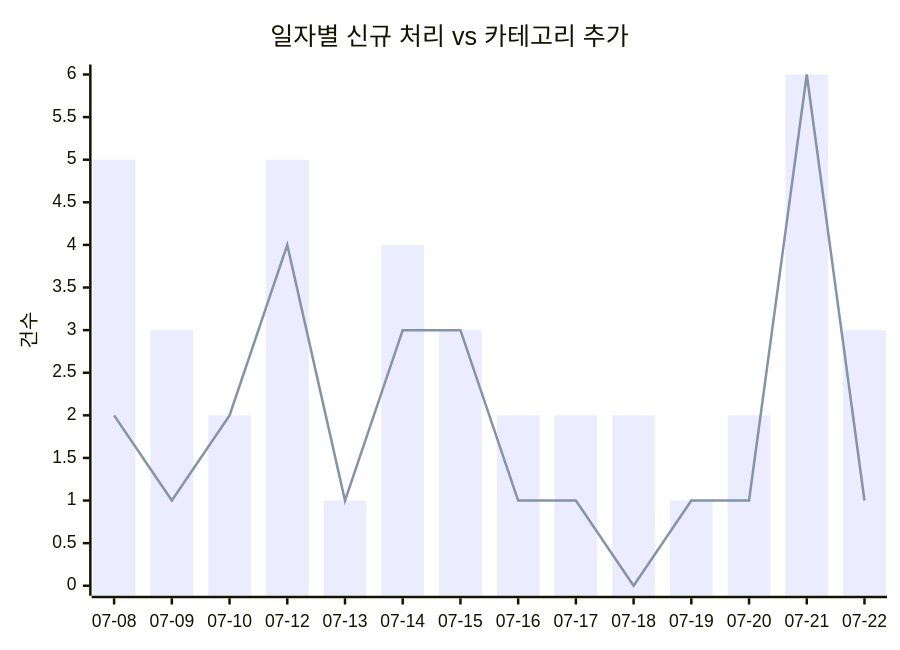
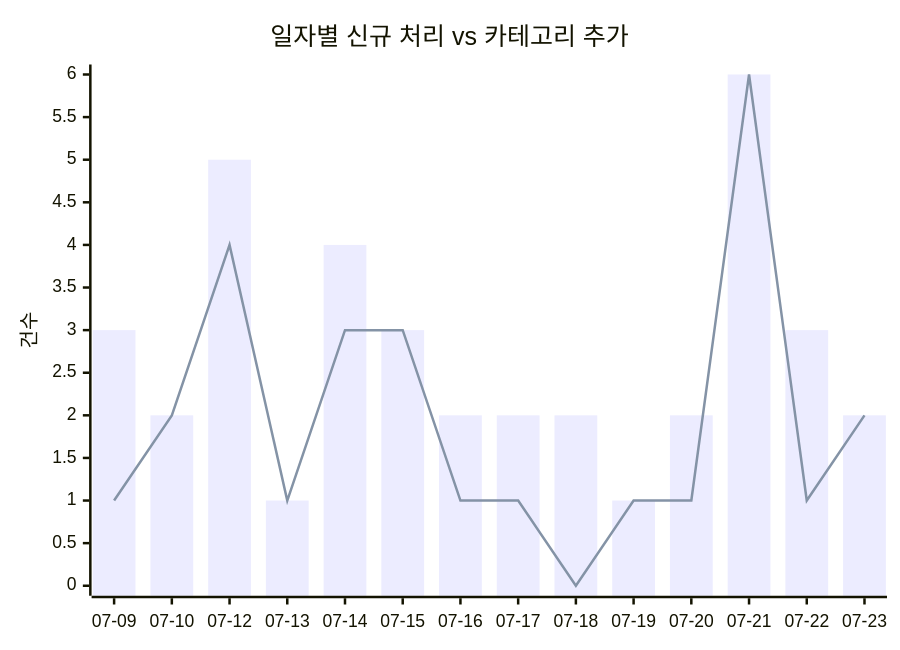
Before and after one commit to J-nowcow/awesome-korean-agent-skills: the first of 2 diagrams in docs/trends.md, drawn with Mermaid. The commit also changed other lines of this file and 28 other files, not shown here.

````diff
--- a/docs/trends.md
+++ b/docs/trends.md
@@ -32,8 +32,8 @@
 ```mermaid
 xychart-beta
     title "일자별 신규 처리 vs 카테고리 추가"
-    x-axis ["07-08","07-09","07-10","07-12","07-13","07-14","07-15","07-16","07-17","07-18","07-19","07-20","07-21","07-22"]
+    x-axis ["07-09","07-10","07-12","07-13","07-14","07-15","07-16","07-17","07-18","07-19","07-20","07-21","07-22","07-23"]
     y-axis "건수"
-    bar [5,3,2,5,1,4,3,2,2,2,1,2,6,3]
-    line [2,1,2,4,1,3,3,1,1,0,1,1,6,1]
+    bar [3,2,5,1,4,3,2,2,2,1,2,6,3,2]
+    line [1,2,4,1,3,3,1,1,0,1,1,6,1,2]
 ```
````
